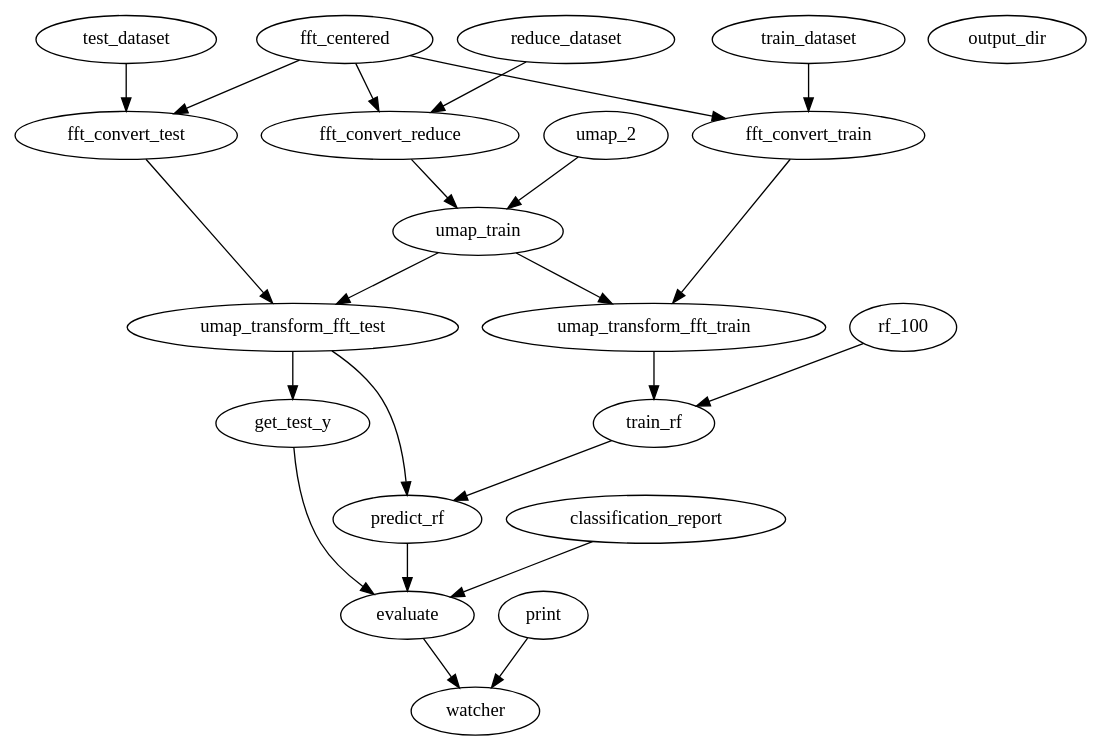
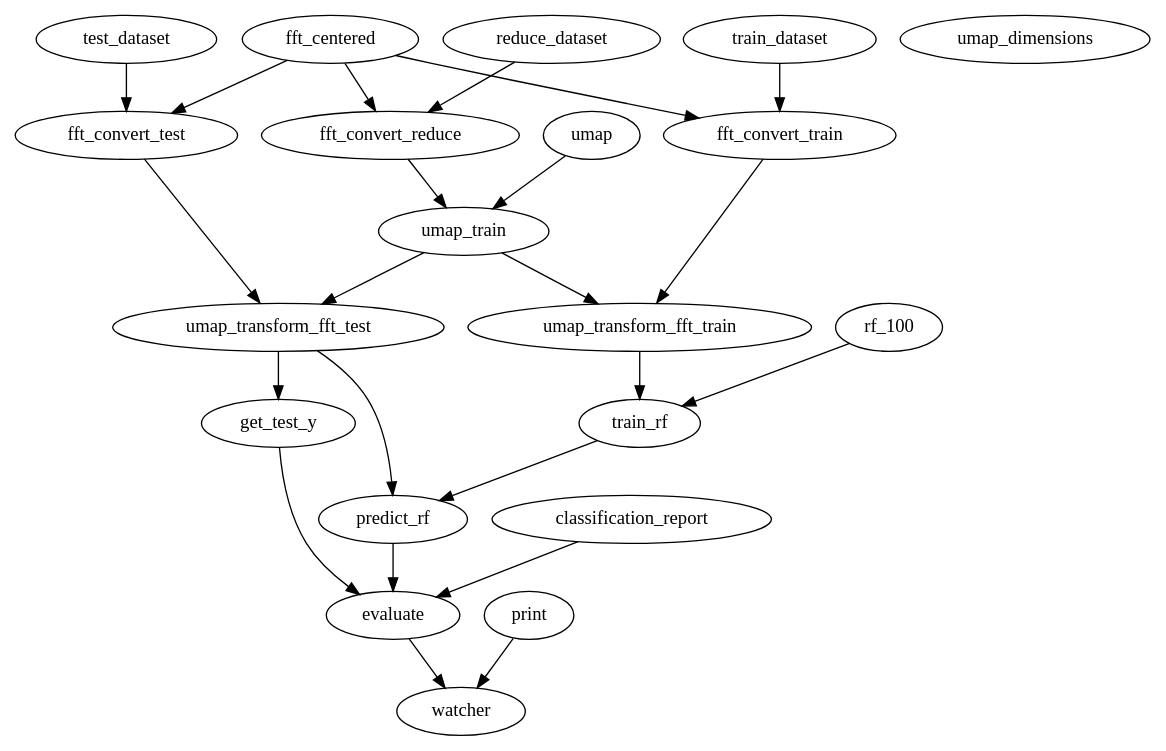
One commit to discovery-unicamp/hiaac-m4-experiments changed the diagram in experiments/umap_configs/simple_config.dot. Above: the diagram before and after it, drawn with Graphviz. The commit also changed 2 other files, not shown here.

```diff
--- a/experiments/umap_configs/simple_config.dot
+++ b/experiments/umap_configs/simple_config.dot
@@ -1,25 +1,25 @@
 strict digraph "" {
 	train_dataset -> fft_convert_train;
 	test_dataset -> fft_convert_test;
 	reduce_dataset -> fft_convert_reduce;
-	output_dir;
+	umap_dimensions;
 	fft_centered -> fft_convert_train;
 	fft_centered -> fft_convert_test;
 	fft_centered -> fft_convert_reduce;
 	fft_convert_train -> umap_transform_fft_train;
 	fft_convert_test -> umap_transform_fft_test;
 	fft_convert_reduce -> umap_train;
-	umap_2 -> umap_train;
+	umap -> umap_train;
 	umap_train -> umap_transform_fft_train;
 	umap_train -> umap_transform_fft_test;
 	umap_transform_fft_train -> train_rf;
 	umap_transform_fft_test -> predict_rf;
 	umap_transform_fft_test -> get_test_y;
 	rf_100 -> train_rf;
 	train_rf -> predict_rf;
 	predict_rf -> evaluate;
 	get_test_y -> evaluate;
 	classification_report -> evaluate;
 	evaluate -> watcher;
 	print -> watcher;
 }
```
